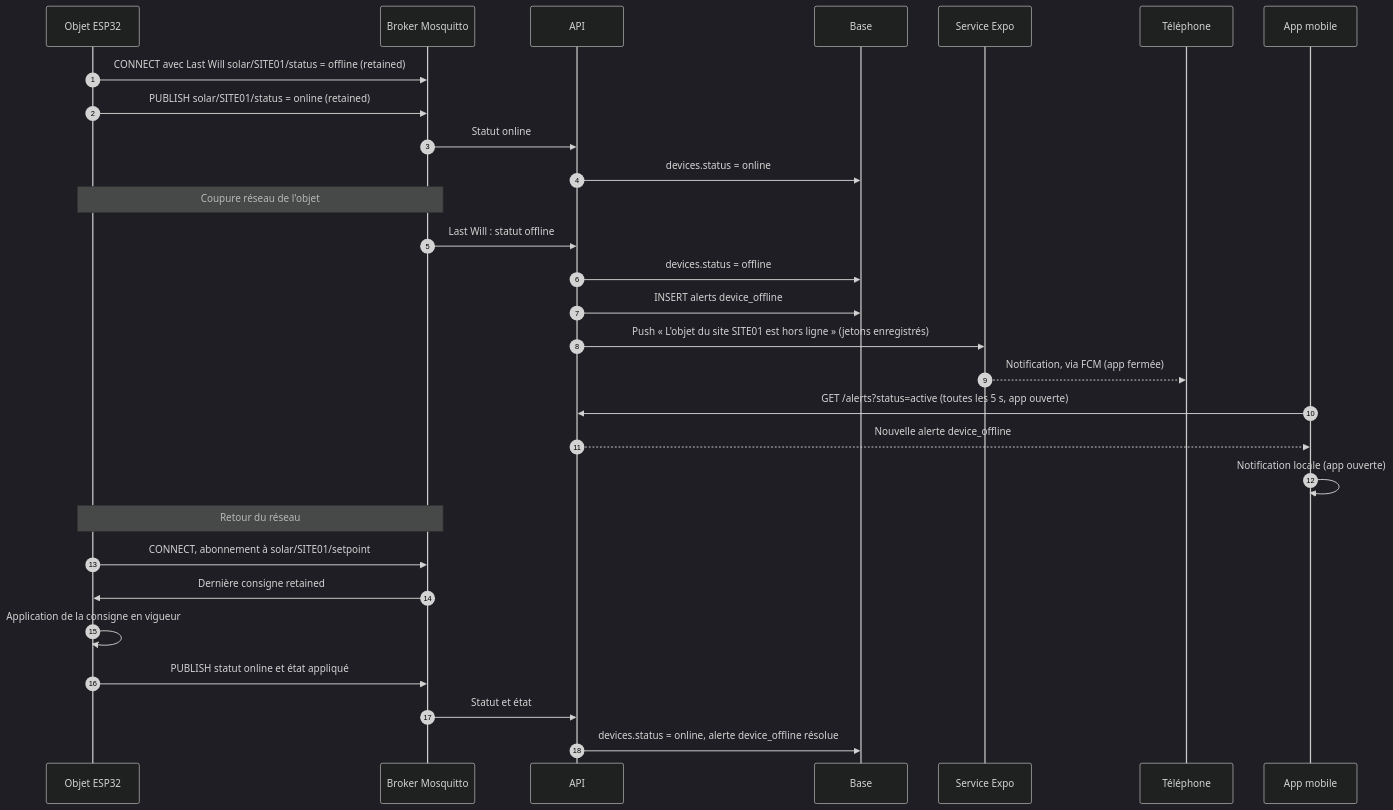
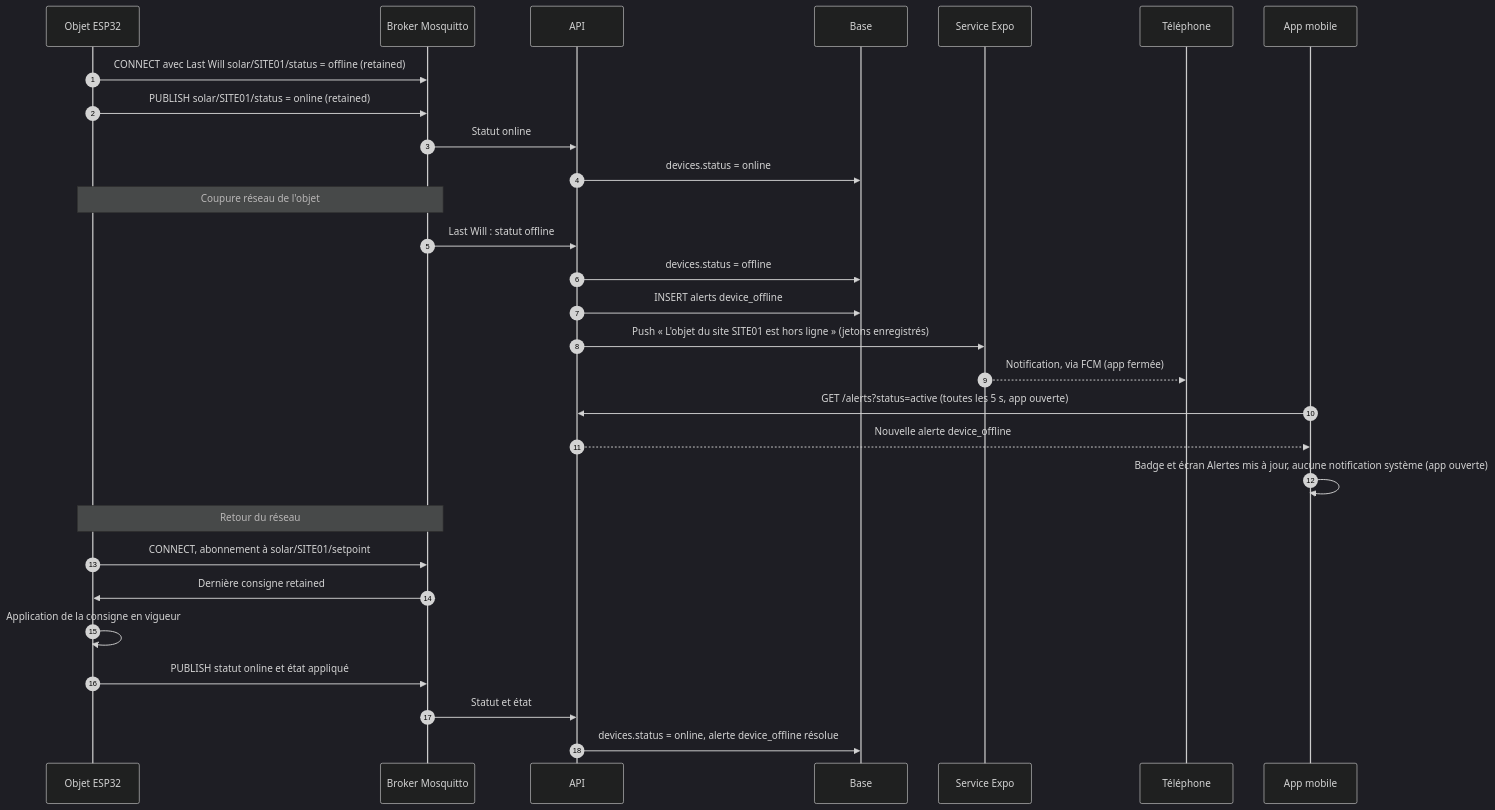
One commit to SamuelLnds/proj-app-mobile-co changed the sixth of 13 diagrams in docs/conception/02-uml.md. Above: the diagram before and after it, drawn with Mermaid (dark theme). The commit also changed other lines of this file and 5 other files, not shown here.

````diff
--- a/docs/conception/02-uml.md
+++ b/docs/conception/02-uml.md
@@ -321,34 +321,34 @@
 ```mermaid
 sequenceDiagram
   autonumber
   participant D as Objet ESP32
   participant B as Broker Mosquitto
   participant API as API
   participant DB as Base
   participant X as Service Expo
   participant P as Téléphone
   participant App as App mobile
 
   D->>B: CONNECT avec Last Will solar/SITE01/status = offline (retained)
   D->>B: PUBLISH solar/SITE01/status = online (retained)
   B->>API: Statut online
   API->>DB: devices.status = online
 
   Note over D,B: Coupure réseau de l'objet
   B->>API: Last Will : statut offline
   API->>DB: devices.status = offline
   API->>DB: INSERT alerts device_offline
   API->>X: Push « L'objet du site SITE01 est hors ligne » (jetons enregistrés)
   X-->>P: Notification, via FCM (app fermée)
   App->>API: GET /alerts?status=active (toutes les 5 s, app ouverte)
   API-->>App: Nouvelle alerte device_offline
-  App->>App: Notification locale (app ouverte)
+  App->>App: Badge et écran Alertes mis à jour, aucune notification système (app ouverte)
 
   Note over D,B: Retour du réseau
   D->>B: CONNECT, abonnement à solar/SITE01/setpoint
   B->>D: Dernière consigne retained
   D->>D: Application de la consigne en vigueur
   D->>B: PUBLISH statut online et état appliqué
   B->>API: Statut et état
   API->>DB: devices.status = online, alerte device_offline résolue
 ```
````
